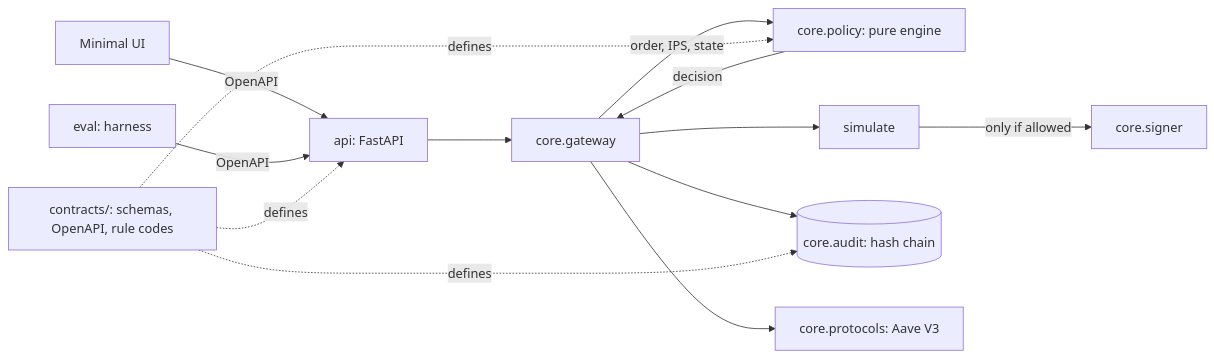
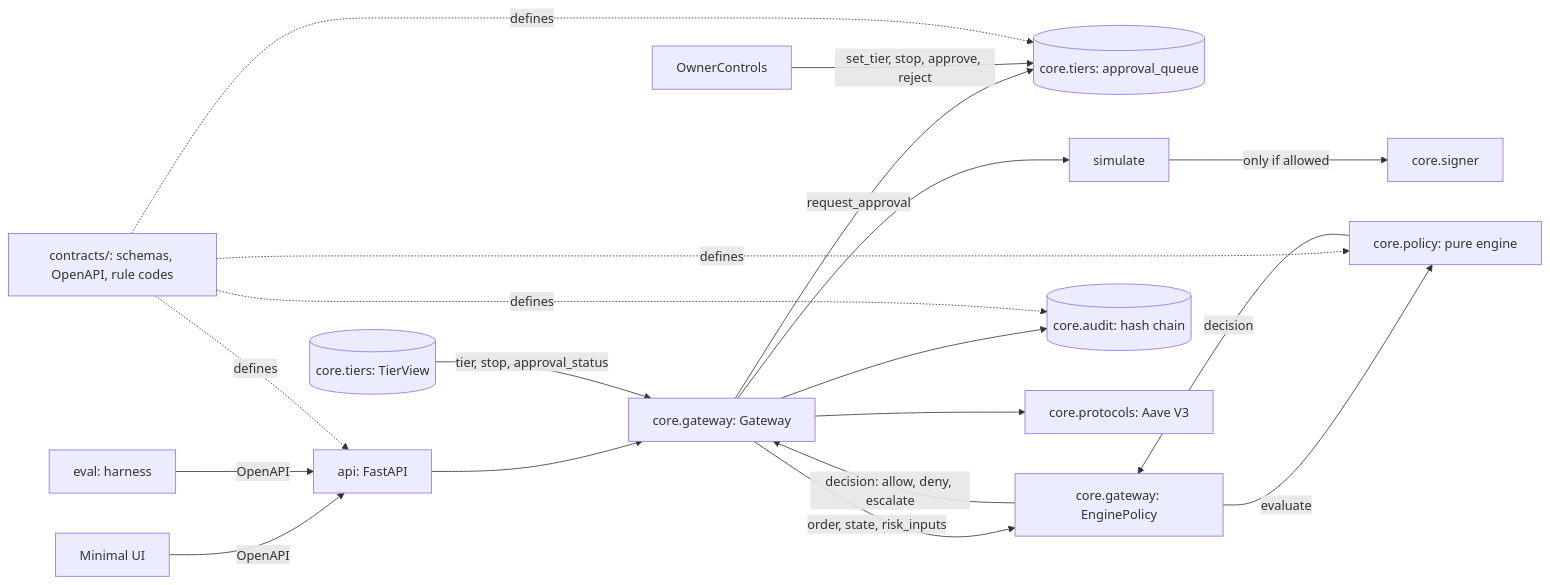
The diagram in docs/architecture/overview.md (thaicuong576/agent-wallet), drawn with Mermaid before and after one commit. The commit also changed other lines of this file and 6 other files, not shown here.

Commit message:
feat(gateway): wire policy engine and tiers into the gateway (#43)

````diff
--- a/docs/architecture/overview.md
+++ b/docs/architecture/overview.md
@@ -5,15 +5,21 @@
 ```mermaid
 flowchart LR
   UI[Minimal UI] -->|OpenAPI| API[api: FastAPI]
   EV[eval: harness] -->|OpenAPI| API
-  API --> GW[core.gateway]
-  GW -->|order, IPS, state| PE[core.policy: pure engine]
-  PE -->|decision| GW
+  API --> GW[core.gateway: Gateway]
+  TV[(core.tiers: TierView)] -->|tier, stop, approval_status| GW
+  GW -->|request_approval| TS[(core.tiers: approval_queue)]
+  OC[OwnerControls] -->|set_tier, stop, approve, reject| TS
+  GW -->|order, state, risk_inputs| EP[core.gateway: EnginePolicy]
+  EP -->|evaluate| PE[core.policy: pure engine]
+  PE -->|decision| EP
+  EP -->|decision: allow, deny, escalate| GW
   GW --> SIM[simulate]
   SIM -->|only if allowed| SG[core.signer]
   GW --> LOG[(core.audit: hash chain)]
   GW --> AAVE[core.protocols: Aave V3]
   C[contracts/: schemas, OpenAPI, rule codes] -. defines .-> API
   C -. defines .-> PE
   C -. defines .-> LOG
+  C -. defines .-> TS
 ```
````
